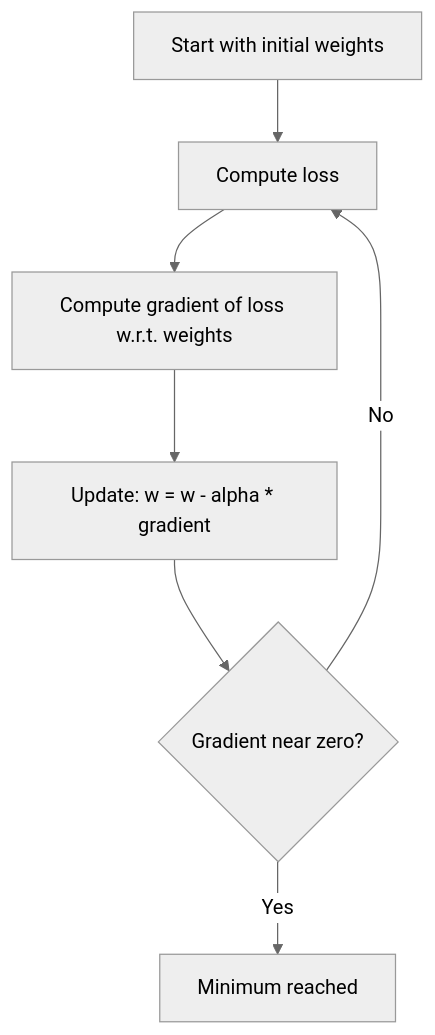
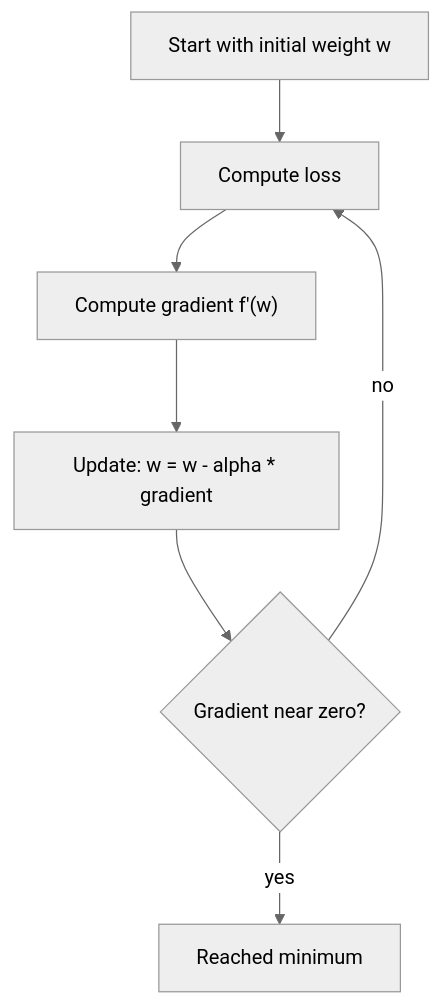
The first of 2 diagrams in notes/step-02-deep-learning-and-neural-networks/029-math-behind-gradient-descent.md (kaisarnajar/outcome-school-blogs), drawn with Mermaid (neutral theme) before and after one commit. The commit also changed other lines of this file and 233 other files, not shown here.

````diff
--- a/notes/step-02-deep-learning-and-neural-networks/029-math-behind-gradient-descent.md
+++ b/notes/step-02-deep-learning-and-neural-networks/029-math-behind-gradient-descent.md
@@ -48,9 +76,9 @@
 ```mermaid
 flowchart TD
-    A["Start with initial weights"] --> B["Compute loss"]
-    B --> C["Compute gradient of loss w.r.t. weights"]
+    A["Start with initial weight w"] --> B["Compute loss"]
+    B --> C["Compute gradient f'(w)"]
     C --> D["Update: w = w - alpha * gradient"]
     D --> E{"Gradient near zero?"}
-    E -->|"No"| B
-    E -->|"Yes"| F["Minimum reached"]
+    E -->|"no"| B
+    E -->|"yes"| F["Reached minimum"]
 ```
````
